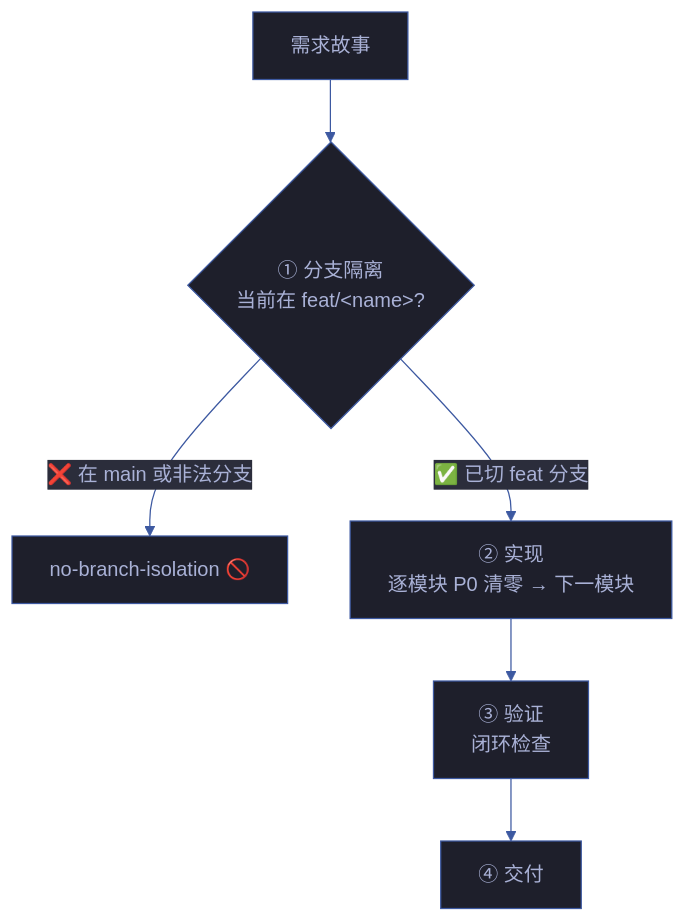
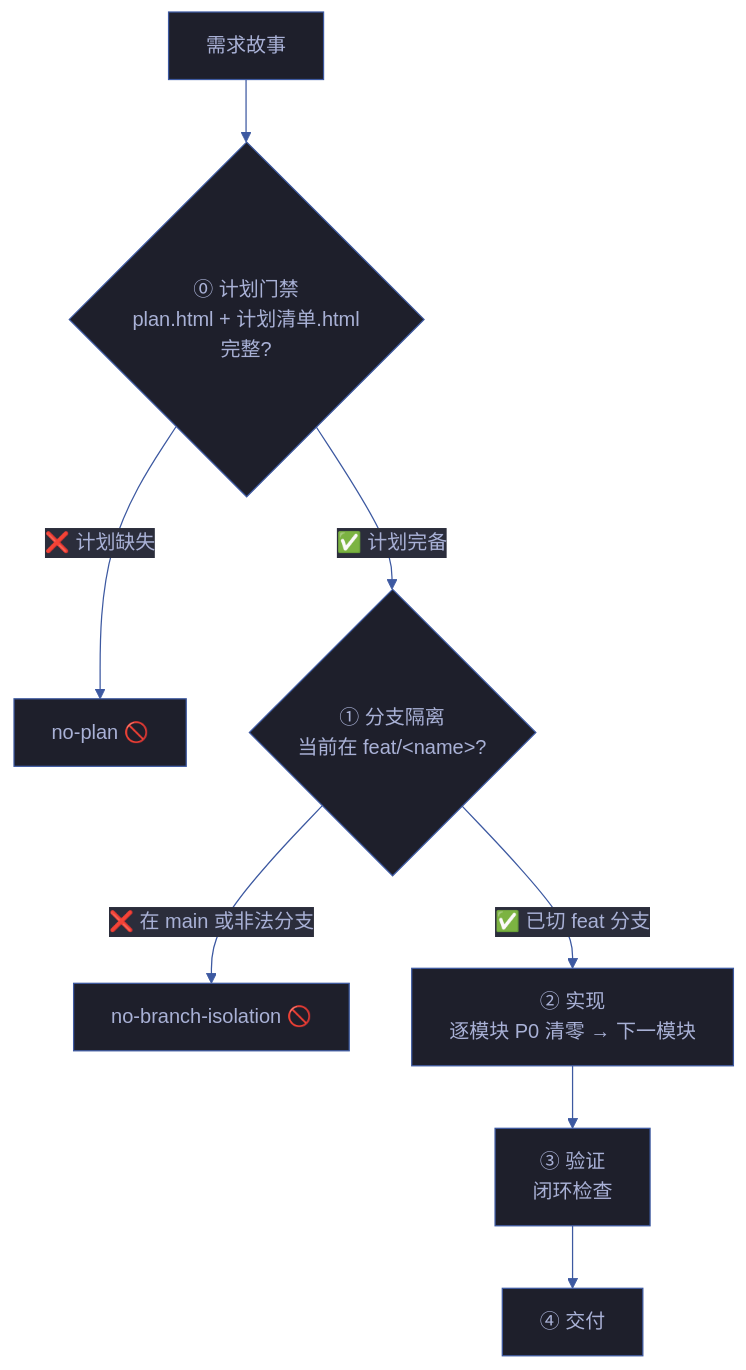
Before and after one commit to effiy/YrY: the first of 15 diagrams in rules/code-pipeline.md, drawn with Mermaid. The commit also changed other lines of this file and 6 other files, not shown here.

First line of the commit message:
feat: add planner agent + plan-execution rule + mermaid-theme enhancements

````diff
--- a/rules/code-pipeline.md
+++ b/rules/code-pipeline.md
@@ -41,18 +41,20 @@
 ```mermaid
 %%{init: {'theme': 'base', 'themeVariables': {
   'primaryColor': '#1e1f2b',
   'primaryTextColor': '#a9b1d6',
   'primaryBorderColor': '#3d59a1',
   'lineColor': '#3d59a1',
   'secondaryColor': '#2b2d3b',
   'tertiaryColor': '#21232f'
 }}}%%
 flowchart TB
-    REQ["需求故事"]:::src --> BR{"① 分支隔离<br/>当前在 feat/&lt;name&gt;?"}
+    REQ["需求故事"]:::src --> PLAN{"⓪ 计划门禁<br/>plan.html + 计划清单.html<br/>完整?"}
+    PLAN -->|"❌ 计划缺失"| XPLAN["no-plan 🚫"]:::block
+    PLAN -->|"✅ 计划完备"| BR{"① 分支隔离<br/>当前在 feat/&lt;name&gt;?"}
     BR -->|"❌ 在 main 或非法分支"| X0["no-branch-isolation 🚫"]:::block
     BR -->|"✅ 已切 feat 分支"| MOD["② 实现<br/>逐模块 P0 清零 → 下一模块"]:::phase
     MOD --> VERIFY["③ 验证<br/>闭环检查"]:::phase
     VERIFY --> DONE["④ 交付"]:::done
 
 
 ```
````
